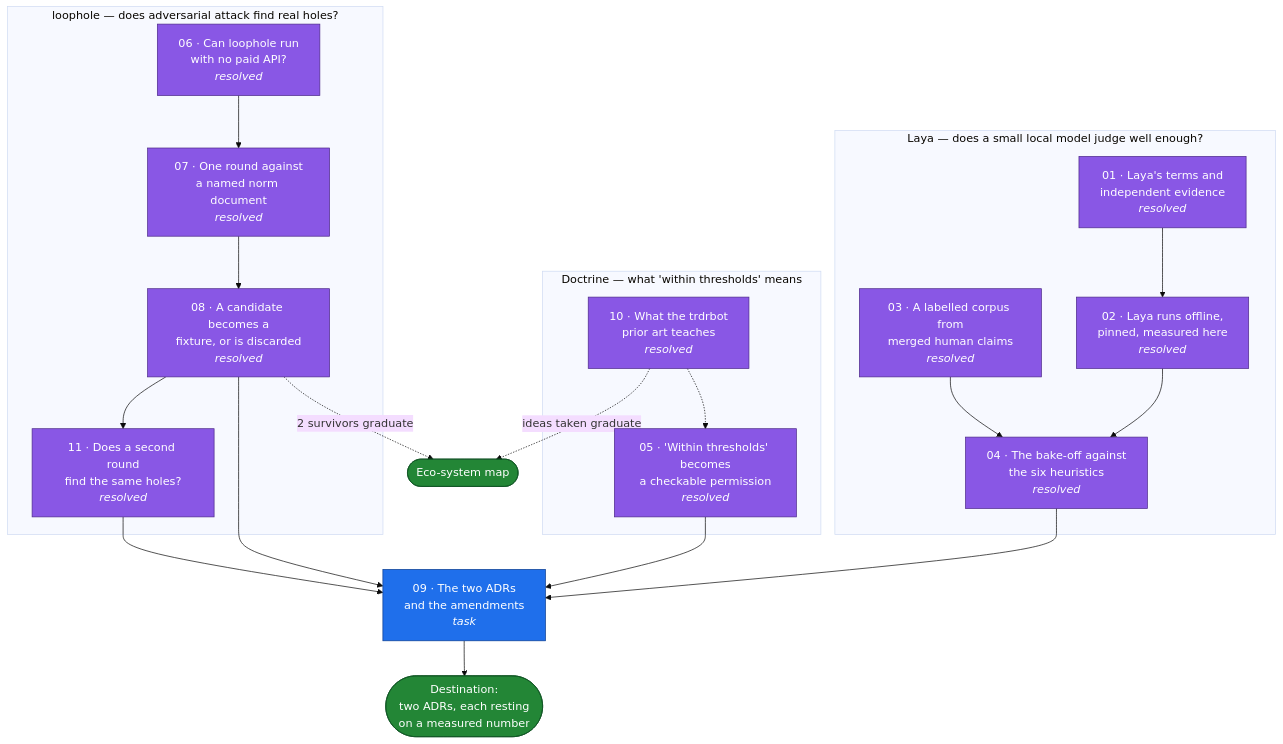
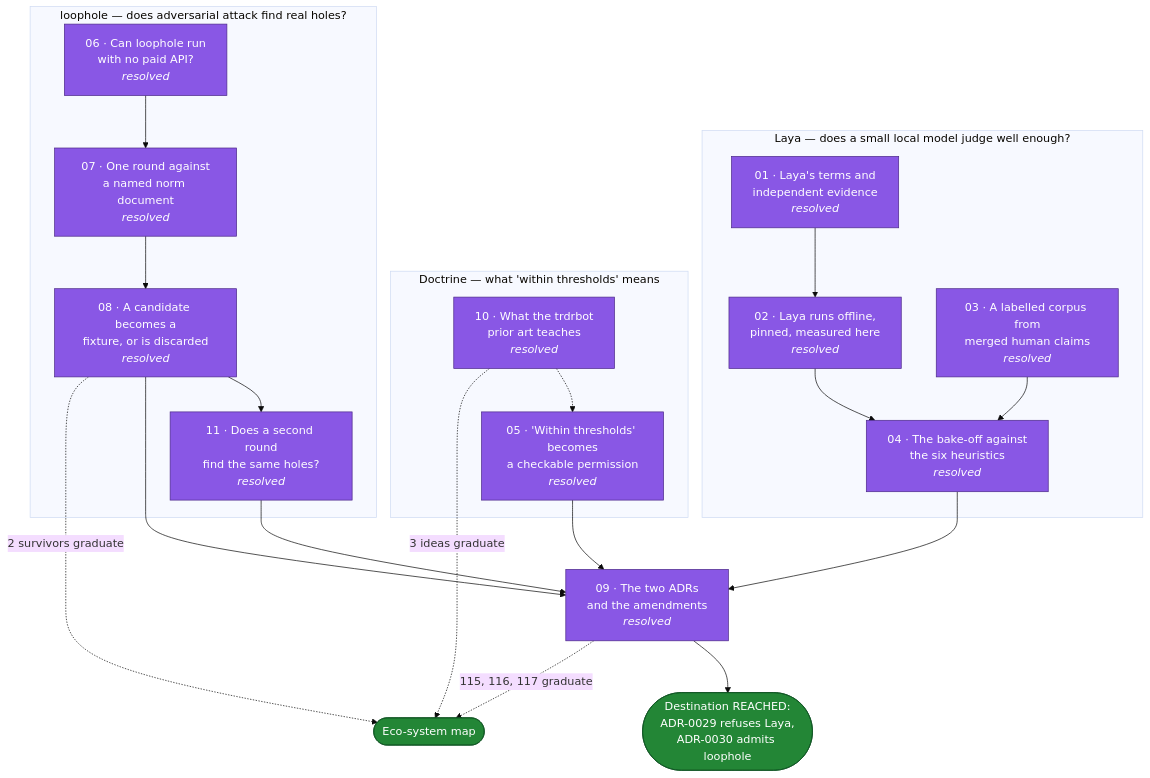
One commit to policy-as-versioned-flux/policy-as-versioned-flux changed the diagram in .scratch/laya-loophole/map.md. Above: the diagram before and after it, drawn with Mermaid (base theme). The commit also changed other lines of this file and 13 other files, not shown here.

First line of the commit message:
wayfinder ticket 09: Laya is refused by the estate's own rule, loophole enters in rounds

````diff
--- a/.scratch/laya-loophole/map.md
+++ b/.scratch/laya-loophole/map.md
@@ -411,42 +416,42 @@
 ```mermaid
 flowchart TD
     subgraph laya["Laya — does a small local model judge well enough?"]
         T01["01 · Laya's terms and<br/>independent evidence<br/><i>resolved</i>"]
         T02["02 · Laya runs offline,<br/>pinned, measured here<br/><i>resolved</i>"]
         T03["03 · A labelled corpus from<br/>merged human claims<br/><i>resolved</i>"]
         T04["04 · The bake-off against<br/>the six heuristics<br/><i>resolved</i>"]
         T01 --> T02 --> T04
         T03 --> T04
     end
 
     subgraph doctrine["Doctrine — what 'within thresholds' means"]
         T10["10 · What the trdrbot<br/>prior art teaches<br/><i>resolved</i>"]
         T05["05 · 'Within thresholds' becomes<br/>a checkable permission<br/><i>resolved</i>"]
         T10 -.-> T05
     end
 
     subgraph loophole["loophole — does adversarial attack find real holes?"]
         T06["06 · Can loophole run<br/>with no paid API?<br/><i>resolved</i>"]
         T07["07 · One round against<br/>a named norm document<br/><i>resolved</i>"]
         T08["08 · A candidate becomes a<br/>fixture, or is discarded<br/><i>resolved</i>"]
         T11["11 · Does a second round<br/>find the same holes?<br/><i>resolved</i>"]
         T06 --> T07 --> T08 --> T11
     end
 
-    T09["09 · The two ADRs<br/>and the amendments<br/><i>task</i>"]
+    T09["09 · The two ADRs<br/>and the amendments<br/><i>resolved</i>"]
     T04 --> T09
     T05 --> T09
     T08 --> T09
     T11 --> T09
-    T09 --> DEST(["Destination:<br/>two ADRs, each resting<br/>on a measured number"])
-    T10 -. "ideas taken graduate" .-> ECO(["Eco-system map"])
+    T09 --> DEST(["Destination REACHED:<br/>ADR-0029 refuses Laya,<br/>ADR-0030 admits loophole"])
+    T10 -. "3 ideas graduate" .-> ECO(["Eco-system map"])
     T08 -. "2 survivors graduate" .-> ECO
+    T09 -. "115, 116, 117 graduate" .-> ECO
 
     classDef frontier fill:#1f6feb,stroke:#0b3d91,color:#fff
     classDef blocked fill:#30363d,stroke:#8b949e,color:#e6edf3
     classDef done fill:#8957e5,stroke:#4c2889,color:#fff
     classDef dest fill:#238636,stroke:#0f5323,color:#fff
-    class T09 frontier
-    class T01,T02,T03,T04,T05,T06,T07,T08,T10,T11 done
+    class T01,T02,T03,T04,T05,T06,T07,T08,T09,T10,T11 done
     class DEST,ECO dest
 ```
````
